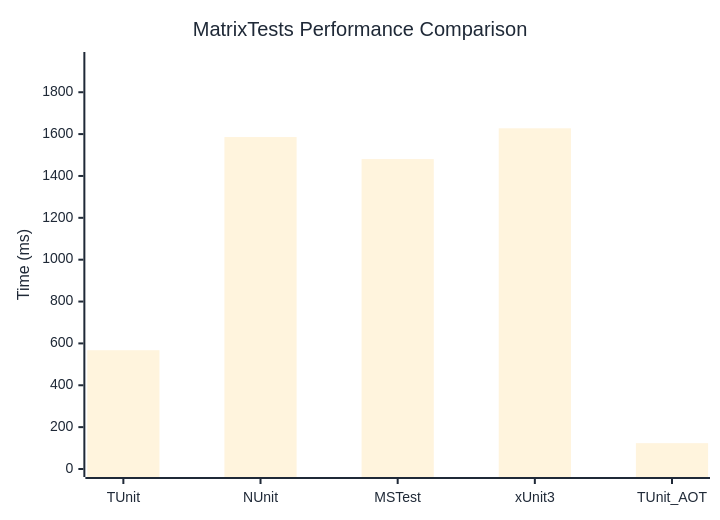
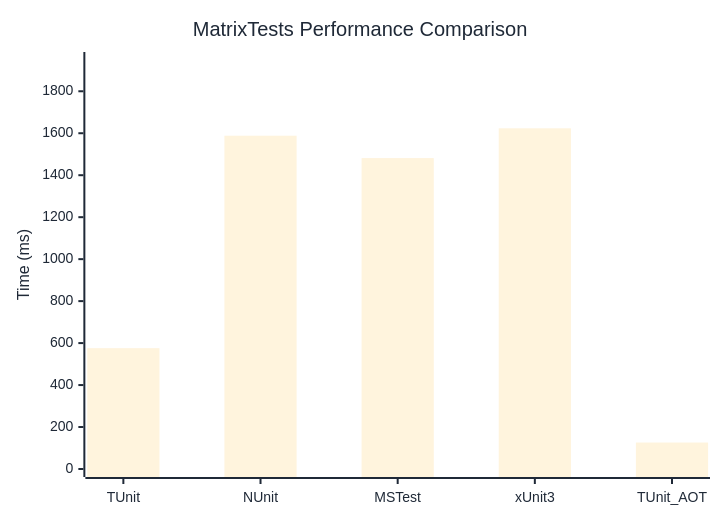
Before and after one commit to thomhurst/TUnit: the diagram in docs/docs/benchmarks/MatrixTests.md, drawn with Mermaid. The commit also changed other lines of this file and 17 other files, not shown here.

````diff
--- a/docs/docs/benchmarks/MatrixTests.md
+++ b/docs/docs/benchmarks/MatrixTests.md
@@ -27,37 +27,37 @@
 ```mermaid
 %%{init: {
   'theme':'base',
   'themeVariables': {
     'primaryColor': '#2563eb',
     'primaryTextColor': '#1f2937',
     'primaryBorderColor': '#1e40af',
     'lineColor': '#6b7280',
     'secondaryColor': '#7c3aed',
     'tertiaryColor': '#dc2626',
     'background': '#ffffff',
     'mainBkg': '#2563eb',
     'secondBkg': '#7c3aed',
     'tertiaryBkg': '#dc2626',
     'clusterBkg': '#f3f4f6',
     'edgeLabelBackground': '#ffffff',
     'tertiaryTextColor': '#1f2937',
     'pie1': '#2563eb',
     'pie2': '#7c3aed',
     'pie3': '#dc2626',
     'pie4': '#f59e0b',
     'pie5': '#10b981',
     'pie6': '#06b6d4',
     'pie7': '#ec4899',
     'pie8': '#6366f1',
     'pie9': '#84cc16',
     'pie10': '#f97316',
     'pie11': '#14b8a6',
     'pie12': '#a855f7'
   }
 }}%%
 xychart-beta
   title "MatrixTests Performance Comparison"
   x-axis ["TUnit", "NUnit", "MSTest", "xUnit3", "TUnit_AOT"]
-  y-axis "Time (ms)" 0 --> 1954
-  bar [567.5, 1585.9, 1480.7, 1627.7, 123.5]
+  y-axis "Time (ms)" 0 --> 1949
+  bar [575.9, 1588.2, 1481.6, 1623.5, 126.1]
 ```
````
